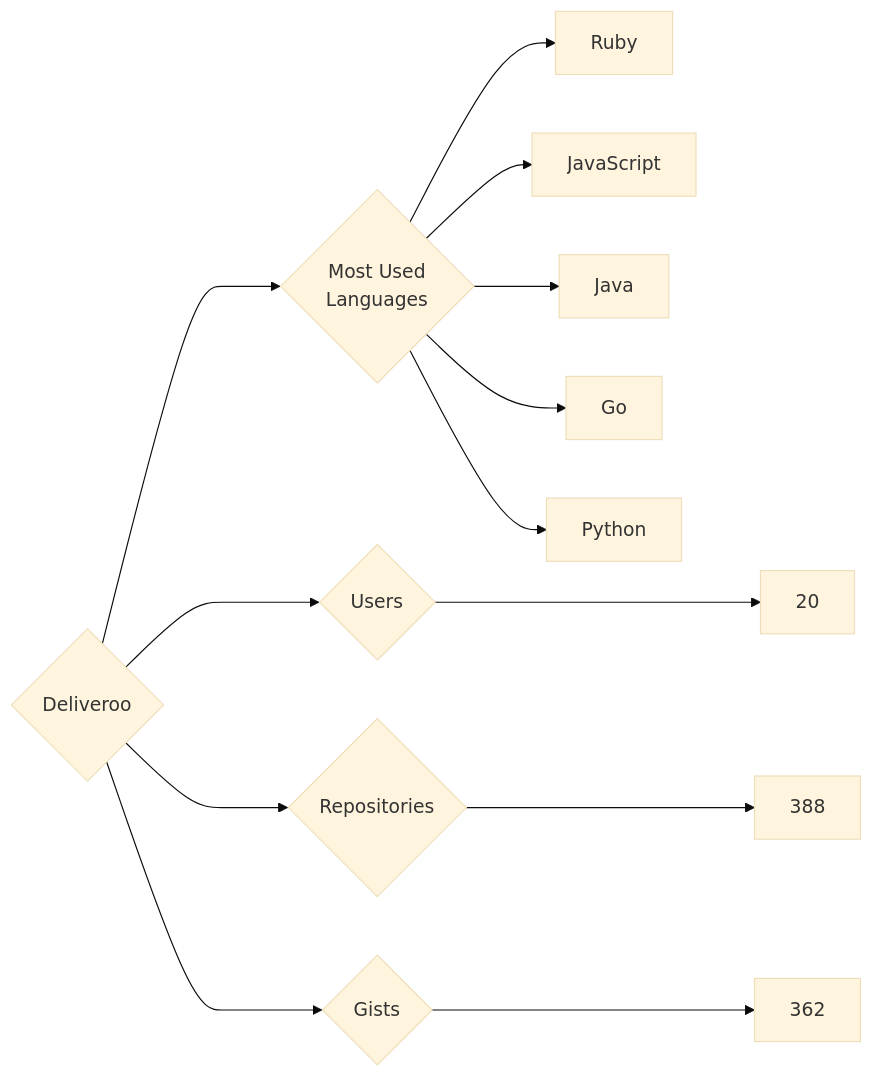
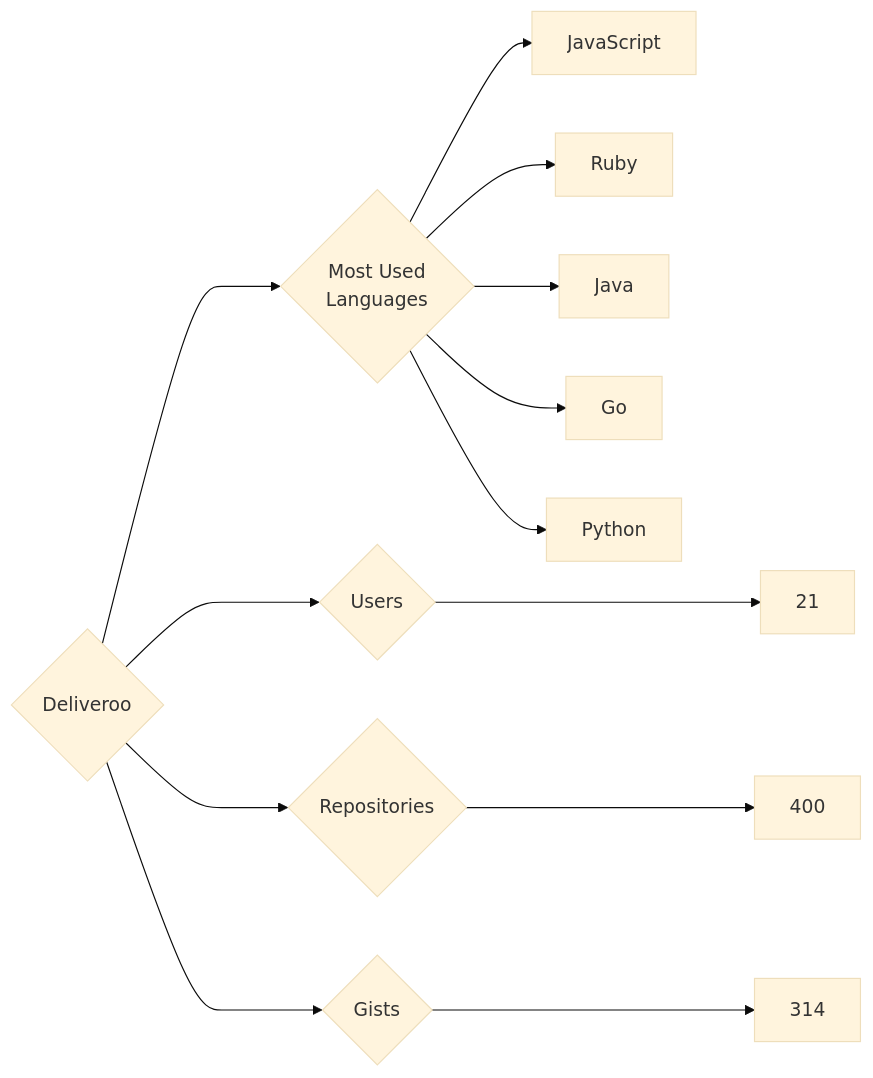
Before and after one commit to trickest/insiders: the diagram in targets/Deliveroo/README.md, drawn with Mermaid (base theme). The commit also changed 998 other files, not shown here.

````diff
--- a/targets/Deliveroo/README.md
+++ b/targets/Deliveroo/README.md
@@ -3,13 +3,13 @@
 ```mermaid
 graph LR
 COMPANY_NAME{Deliveroo}
-COMPANY_NAME ---> U{Users} ---> UN[20]
-COMPANY_NAME ---> R{Repositories} ---> RN[388]
-COMPANY_NAME ---> G{Gists} ---> GN[362]
+COMPANY_NAME ---> U{Users} ---> UN[21]
+COMPANY_NAME ---> R{Repositories} ---> RN[400]
+COMPANY_NAME ---> G{Gists} ---> GN[314]
 COMPANY_NAME ---> ML{Most Used<br>Languages}
+ML --> JavaScript[JavaScript]
 ML --> Ruby[Ruby]
-ML --> JavaScript[JavaScript]
 ML --> Java[Java]
 ML --> Go[Go]
 ML --> Python[Python]
 ```
````
